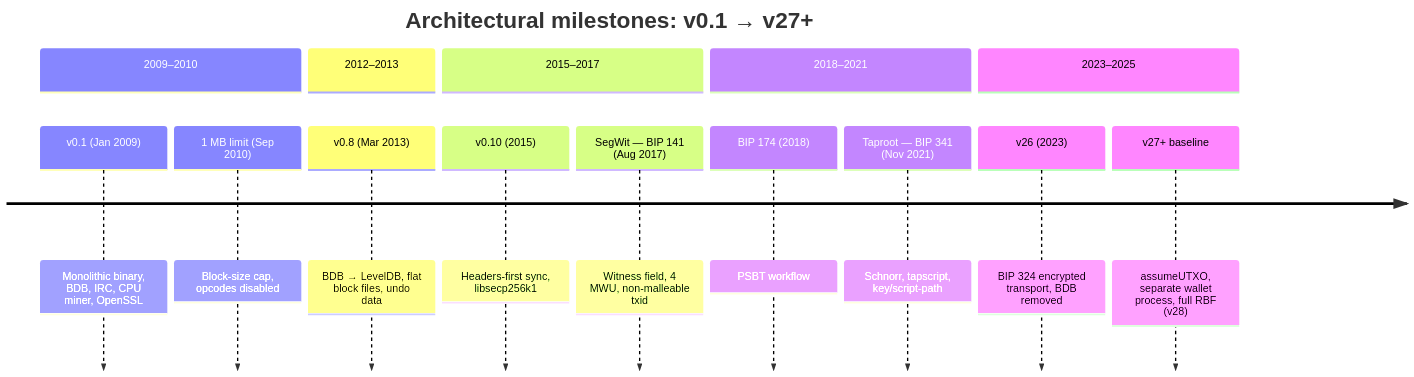
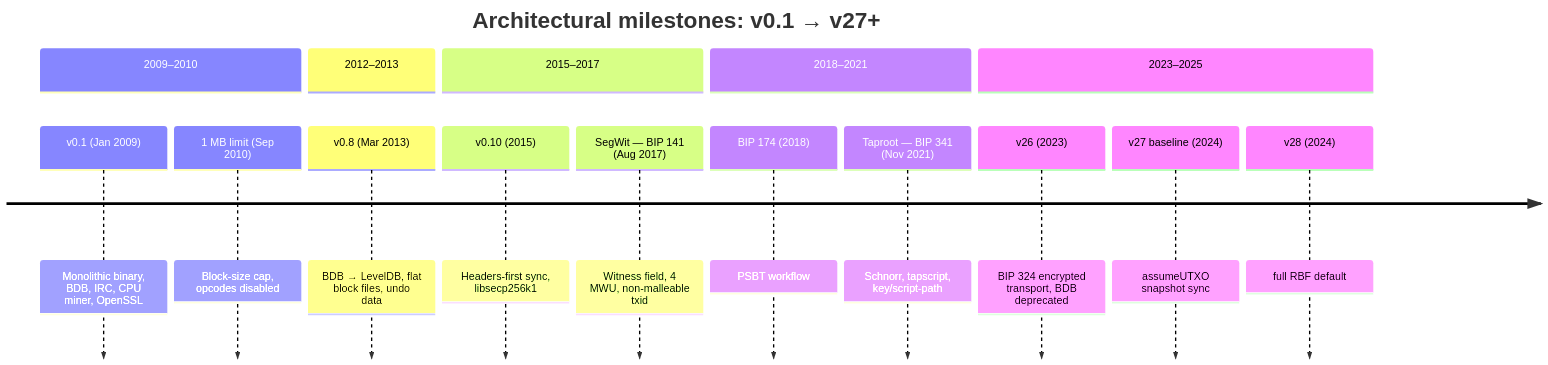
The tenth of 10 diagrams in src/data/entries/en/design/2009-01-03-bitcoin-architecture-evolution.md (cypher256/BitcoinArchive), drawn with Mermaid before and after one commit. The commit also changed other lines of this file and 3 other files, not shown here.

````diff
--- a/src/data/entries/en/design/2009-01-03-bitcoin-architecture-evolution.md
+++ b/src/data/entries/en/design/2009-01-03-bitcoin-architecture-evolution.md
@@ -358,18 +358,19 @@
 ```mermaid
 timeline
     title Architectural milestones: v0.1 → v27+
     section 2009–2010
         v0.1 (Jan 2009) : Monolithic binary, BDB, IRC, CPU miner, OpenSSL
         1 MB limit (Sep 2010) : Block-size cap, opcodes disabled
     section 2012–2013
         v0.8 (Mar 2013) : BDB → LevelDB, flat block files, undo data
     section 2015–2017
         v0.10 (2015) : Headers-first sync, libsecp256k1
         SegWit — BIP 141 (Aug 2017) : Witness field, 4 MWU, non-malleable txid
     section 2018–2021
         BIP 174 (2018) : PSBT workflow
         Taproot — BIP 341 (Nov 2021) : Schnorr, tapscript, key/script-path
     section 2023–2025
-        v26 (2023) : BIP 324 encrypted transport, BDB removed
-        v27+ baseline : assumeUTXO, separate wallet process, full RBF (v28)
+        v26 (2023) : BIP 324 encrypted transport, BDB deprecated
+        v27 baseline (2024) : assumeUTXO snapshot sync
+        v28 (2024) : full RBF default
 ```
````
